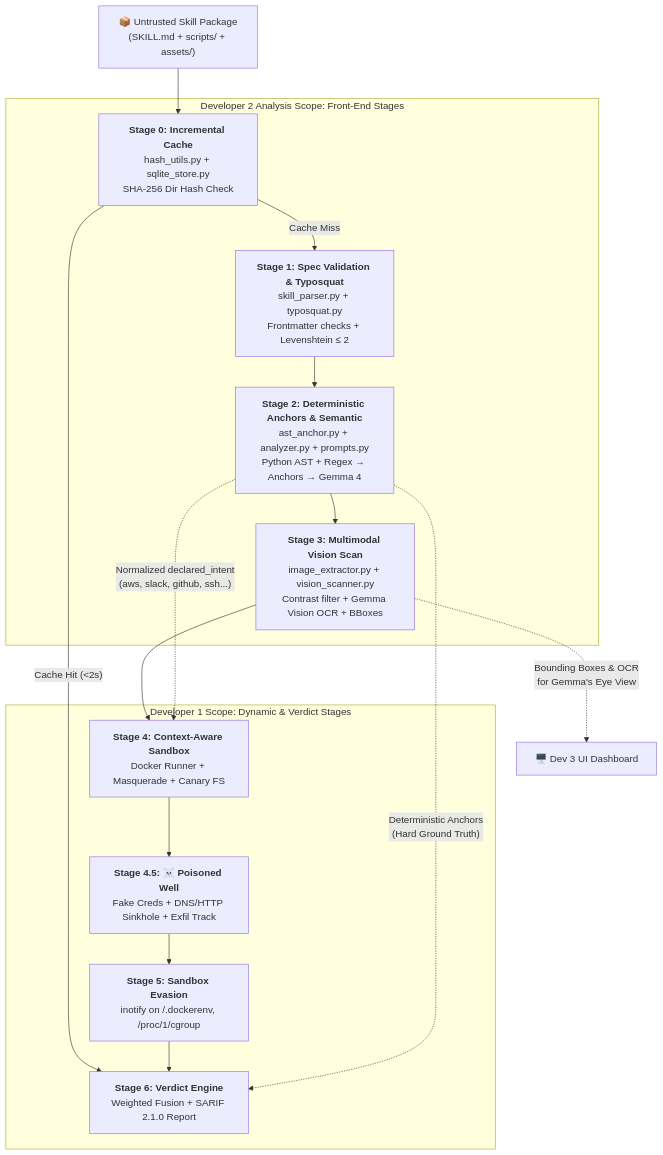
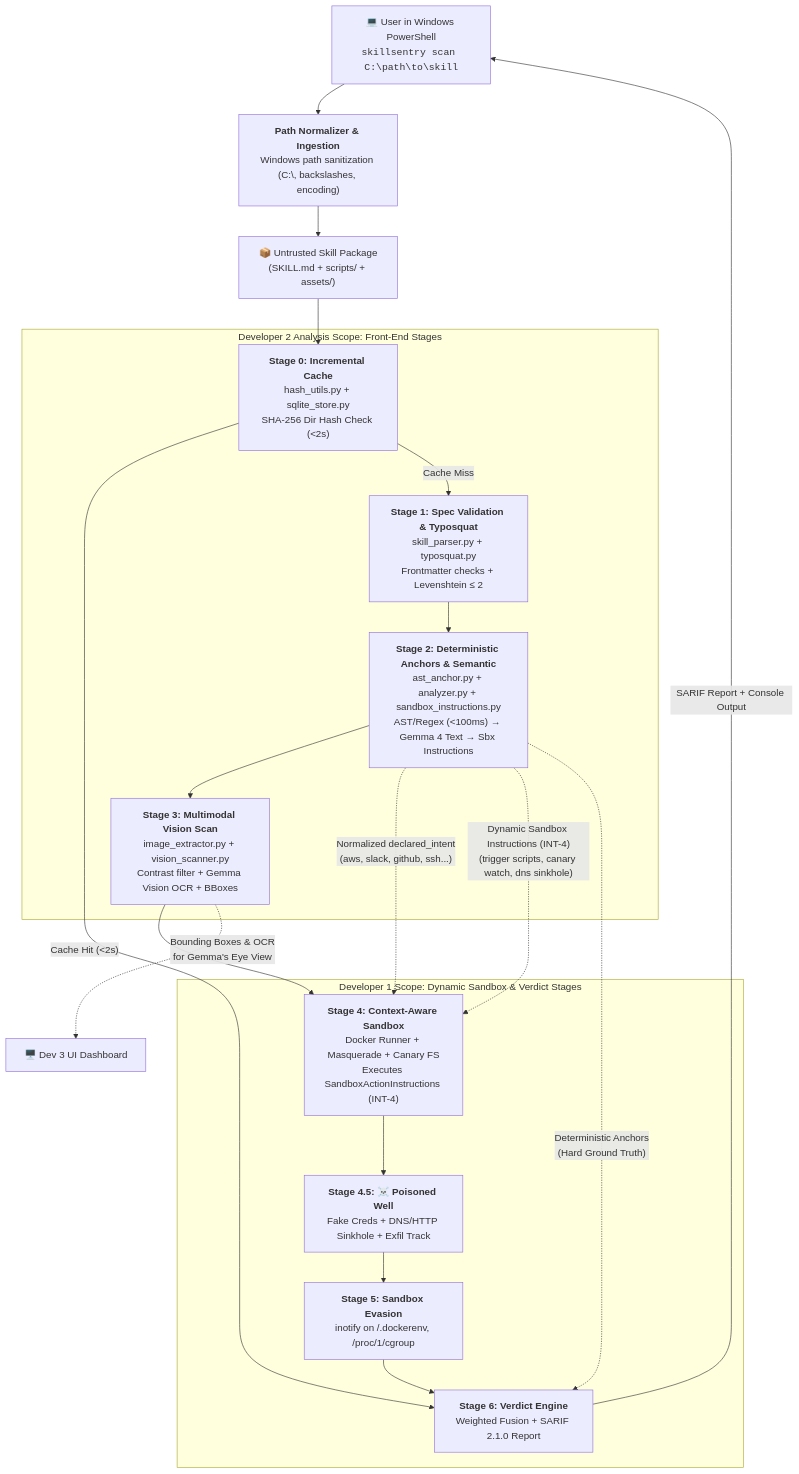
Before and after one commit to EmberPhantom/SkillSentry: the first of 3 diagrams in developer-2/02-architecture-and-dataflow.md, drawn with Mermaid. The commit also changed other lines of this file and 10 other files, not shown here.

````diff
--- a/developer-2/02-architecture-and-dataflow.md
+++ b/developer-2/02-architecture-and-dataflow.md
@@ -13,31 +13,35 @@
 ```mermaid
 flowchart TD
-    PKG["📦 Untrusted Skill Package<br/>(SKILL.md + scripts/ + assets/)"] --> S0
+    PS_USER["💻 User in Windows PowerShell<br/><code>skillsentry scan C:\path\to\skill</code>"] --> NORM["<b>Path Normalizer & Ingestion</b><br/>Windows path sanitization (C:\, backslashes, encoding)"]
+    NORM --> PKG["📦 Untrusted Skill Package<br/>(SKILL.md + scripts/ + assets/)"]
+    PKG --> S0
 
     subgraph D2_SCOPE_1["Developer 2 Analysis Scope: Front-End Stages"]
-        S0["<b>Stage 0: Incremental Cache</b><br/>hash_utils.py + sqlite_store.py<br/>SHA-256 Dir Hash Check"]
+        S0["<b>Stage 0: Incremental Cache</b><br/>hash_utils.py + sqlite_store.py<br/>SHA-256 Dir Hash Check (<2s)"]
         S1["<b>Stage 1: Spec Validation & Typosquat</b><br/>skill_parser.py + typosquat.py<br/>Frontmatter checks + Levenshtein ≤ 2"]
-        S2["<b>Stage 2: Deterministic Anchors & Semantic</b><br/>ast_anchor.py + analyzer.py + prompts.py<br/>Python AST + Regex → Anchors → Gemma 4"]
+        S2["<b>Stage 2: Deterministic Anchors & Semantic</b><br/>ast_anchor.py + analyzer.py + sandbox_instructions.py<br/>AST/Regex (<100ms) → Gemma 4 Text → Sbx Instructions"]
         S3["<b>Stage 3: Multimodal Vision Scan</b><br/>image_extractor.py + vision_scanner.py<br/>Contrast filter + Gemma Vision OCR + BBoxes"]
     end
 
-    subgraph D1_SCOPE["Developer 1 Scope: Dynamic & Verdict Stages"]
-        S4["<b>Stage 4: Context-Aware Sandbox</b><br/>Docker Runner + Masquerade + Canary FS"]
+    subgraph D1_SCOPE["Developer 1 Scope: Dynamic Sandbox & Verdict Stages"]
+        S4["<b>Stage 4: Context-Aware Sandbox</b><br/>Docker Runner + Masquerade + Canary FS<br/>Executes SandboxActionInstructions (INT-4)"]
         S45["<b>Stage 4.5: ☠️ Poisoned Well</b><br/>Fake Creds + DNS/HTTP Sinkhole + Exfil Track"]
         S5["<b>Stage 5: Sandbox Evasion</b><br/>inotify on /.dockerenv, /proc/1/cgroup"]
         S6["<b>Stage 6: Verdict Engine</b><br/>Weighted Fusion + SARIF 2.1.0 Report"]
     end
 
     S0 -->|"Cache Hit (<2s)"| S6
     S0 -->|"Cache Miss"| S1
     S1 --> S2
     S2 --> S3
     S3 --> S4
     S4 --> S45
     S45 --> S5
     S5 --> S6
 
     S2 -.->|"Normalized declared_intent<br/>(aws, slack, github, ssh...)"| S4
+    S2 -.->|"Dynamic Sandbox Instructions (INT-4)<br/>(trigger scripts, canary watch, dns sinkhole)"| S4
     S2 -.->|"Deterministic Anchors<br/>(Hard Ground Truth)"| S6
     S3 -.->|"Bounding Boxes & OCR<br/>for Gemma's Eye View"| UI["🖥️ Dev 3 UI Dashboard"]
+    S6 -->|"SARIF Report + Console Output"| PS_USER
 ```
````
